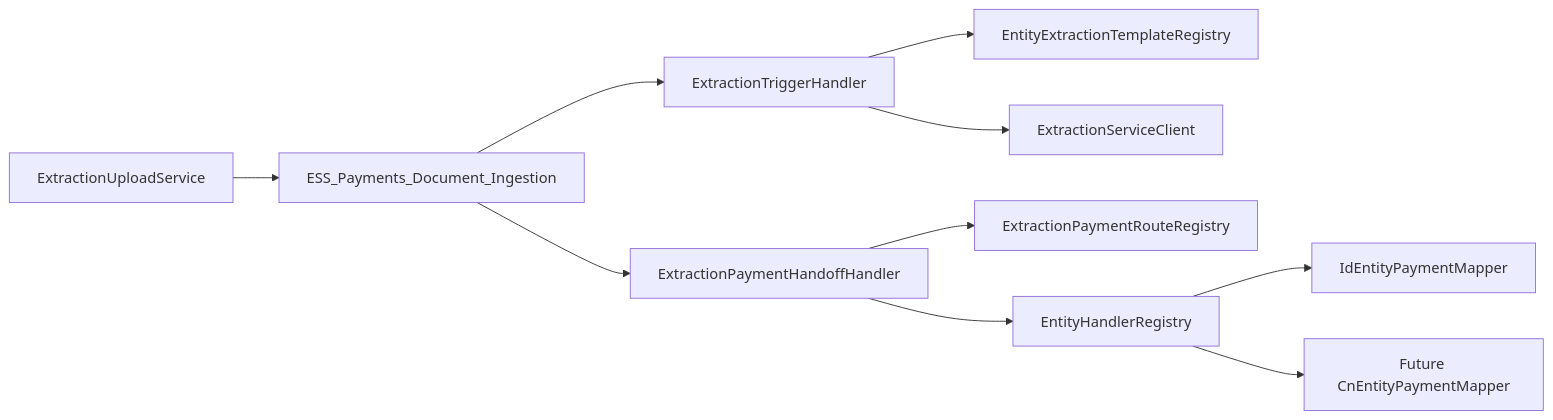
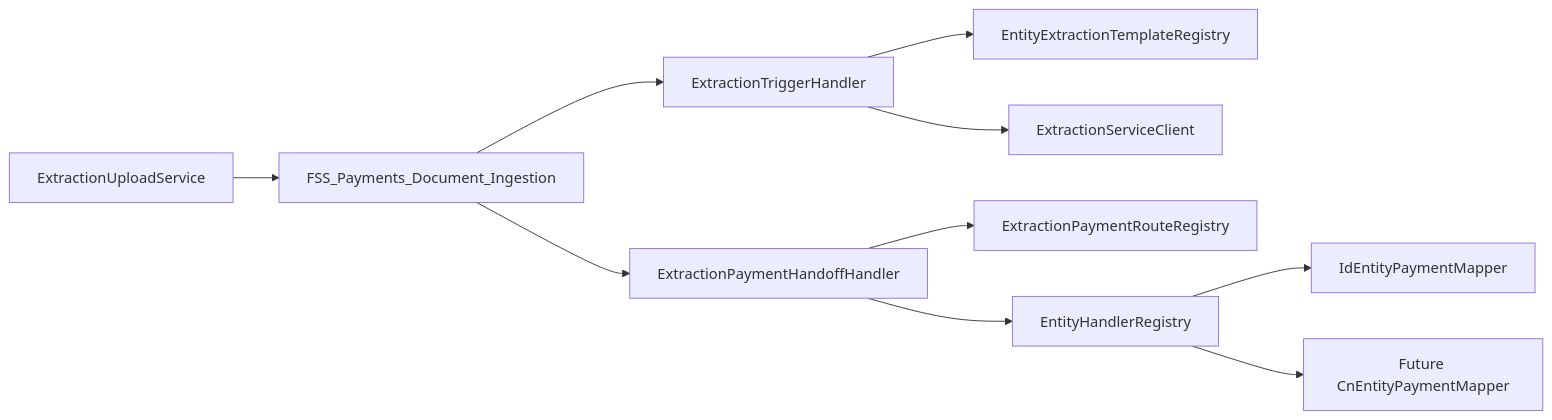
The fourth of 7 diagrams in final/IDP_LLD.md (suresh0731/payment), drawn with Mermaid before and after one commit. The commit also changed other lines of this file and 6 other files, not shown here.

````diff
--- a/final/IDP_LLD.md
+++ b/final/IDP_LLD.md
@@ -155,12 +152,12 @@
 ```mermaid
 flowchart LR
-  UPLOAD["ExtractionUploadService"] --> WF["ESS_Payments_Document_Ingestion"]
+  UPLOAD["ExtractionUploadService"] --> WF["FSS_Payments_Document_Ingestion"]
   WF --> H1["ExtractionTriggerHandler"]
   H1 --> TREG["EntityExtractionTemplateRegistry"]
   H1 --> EXT["ExtractionServiceClient"]
   WF --> H2["ExtractionPaymentHandoffHandler"]
   H2 --> RREG["ExtractionPaymentRouteRegistry"]
   H2 --> MREG["EntityHandlerRegistry"]
   MREG --> M1["IdEntityPaymentMapper"]
   MREG --> M2["Future CnEntityPaymentMapper"]
 ```
````
